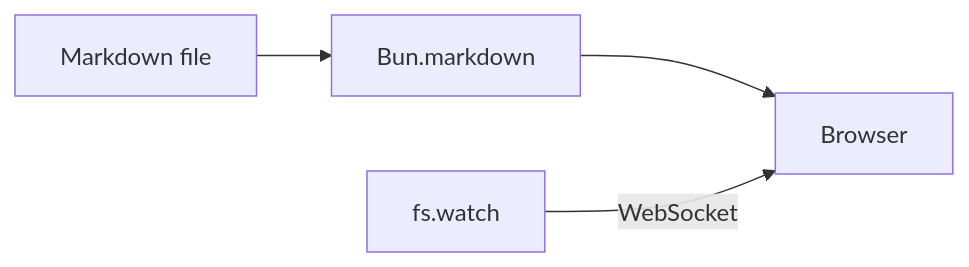
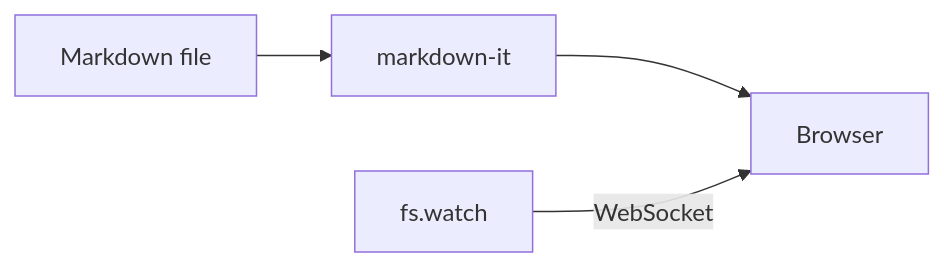
One commit to luohuidong/srvmd changed the diagram in example/docs/index.md. Above: the diagram before and after it, drawn with Mermaid. The commit also changed other lines of this file and 265 other files, not shown here.

````diff
--- a/example/docs/index.md
+++ b/example/docs/index.md
@@ -47,6 +47,6 @@
 ```mermaid
 flowchart LR
-  Markdown[Markdown file] --> Render[Bun.markdown]
+  Markdown[Markdown file] --> Render[markdown-it]
   Render --> Browser[Browser]
   Watcher[fs.watch] -->|WebSocket| Browser
 ```
````
